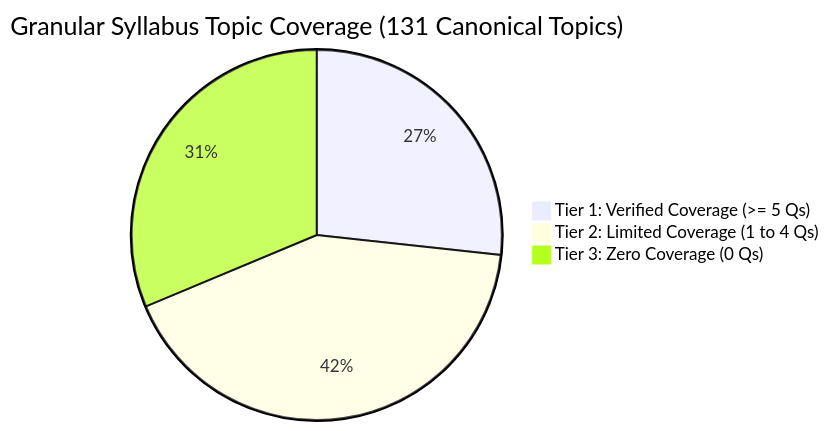
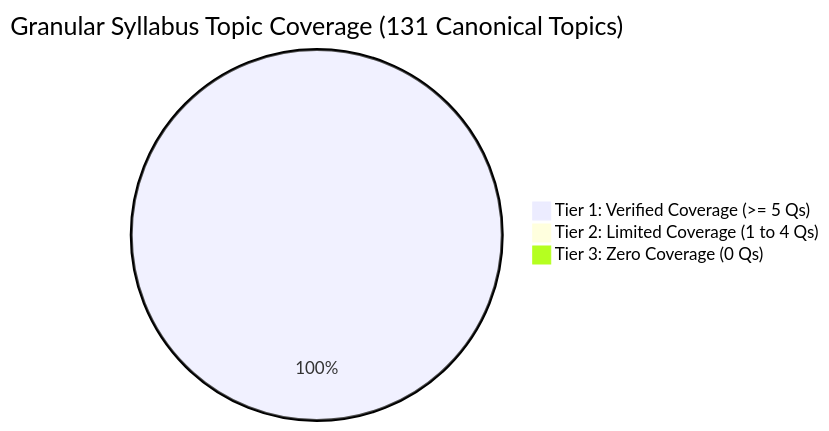
The second of 2 diagrams in INTEGRITY_AUDIT.md (Gudibettumane/AAI-Manager), drawn with Mermaid before and after one commit. The commit also changed other lines of this file and 6 other files, not shown here.

````diff
--- a/INTEGRITY_AUDIT.md
+++ b/INTEGRITY_AUDIT.md
@@ -122,6 +74,6 @@
 ```mermaid
 pie title Granular Syllabus Topic Coverage (131 Canonical Topics)
-    "Tier 1: Verified Coverage (>= 5 Qs)" : 35
-    "Tier 2: Limited Coverage (1 to 4 Qs)" : 55
-    "Tier 3: Zero Coverage (0 Qs)" : 41
+    "Tier 1: Verified Coverage (>= 5 Qs)" : 131
+    "Tier 2: Limited Coverage (1 to 4 Qs)" : 0
+    "Tier 3: Zero Coverage (0 Qs)" : 0
 ```
````
